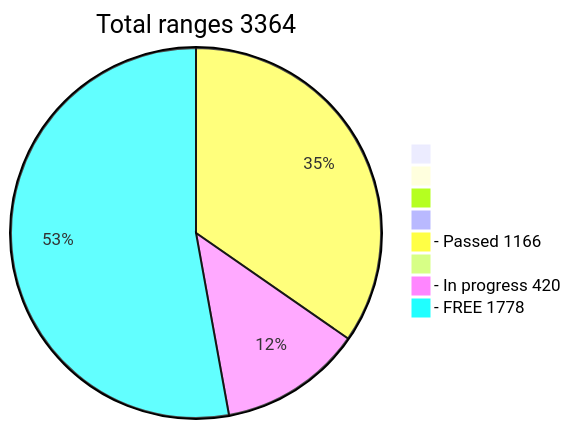
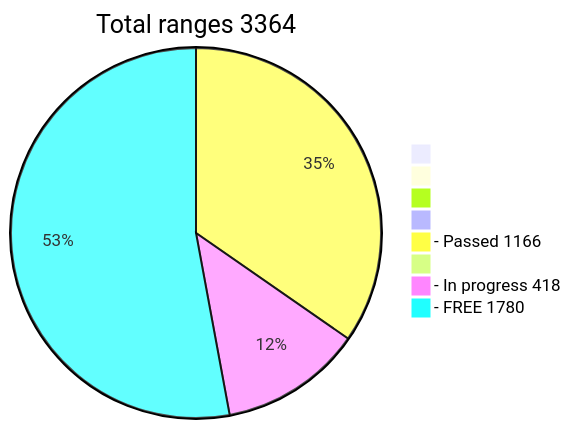
The diagram in README.md (phrutis/wif500), drawn with Mermaid before and after one commit.

````diff
--- a/README.md
+++ b/README.md
@@ -16,12 +16,12 @@
 ```mermaid
 pie title Total ranges 3364
              " " : 0
             "  " : 0
            "   " : 0
           "    " : 0
   "- Passed 1166" : 1166
          "     " : 0
-  "- In progress 420" : 420
-   "- FREE 1778" : 1778
+  "- In progress 418" : 418
+   "- FREE 1780" : 1780
    
 ```
````
